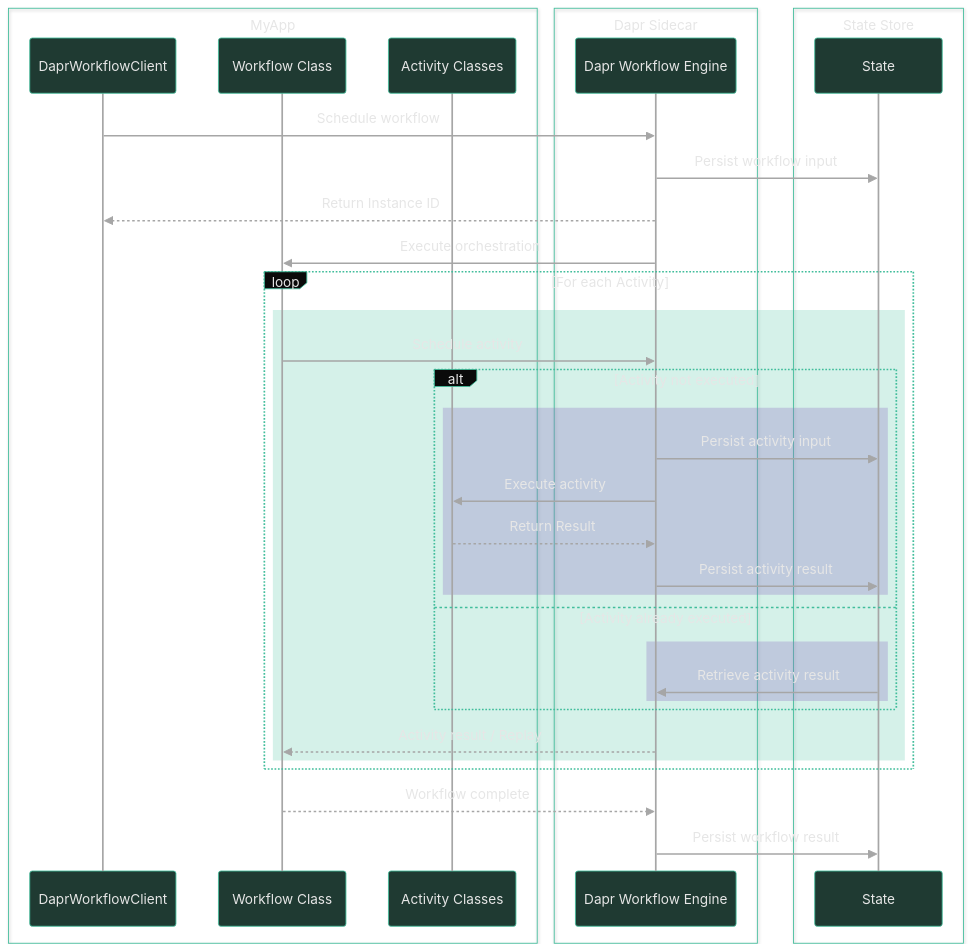
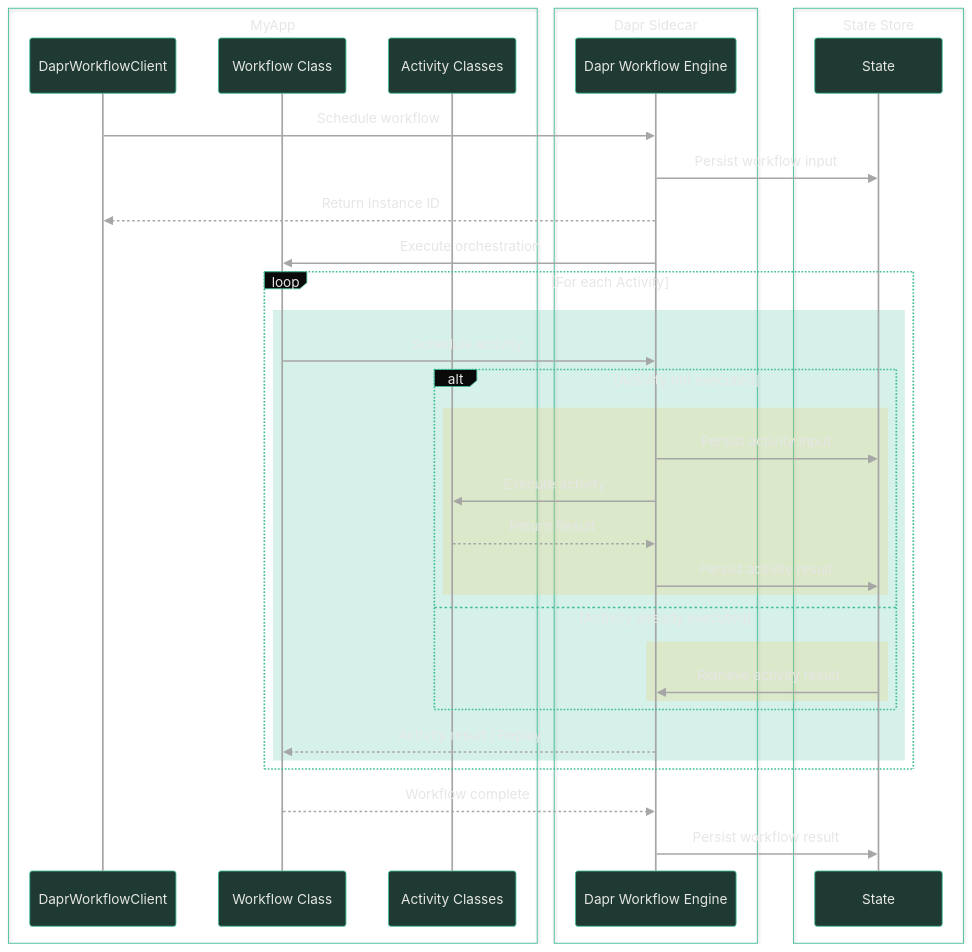
One commit to diagrid-labs/dapr-reliable-agentic-systems changed the diagram in .demo/slides/04-dapr-workflow/04-05-workflow-sequence-diagram.md. Above: the diagram before and after it, drawn with Mermaid. The commit also changed 15 other files, not shown here.

````diff
--- a/.demo/slides/04-dapr-workflow/04-05-workflow-sequence-diagram.md
+++ b/.demo/slides/04-dapr-workflow/04-05-workflow-sequence-diagram.md
@@ -3,40 +3,40 @@
 ```mermaid
 %%{init: {"theme":"base","themeVariables":{"background":"#0a0a0a","primaryColor":"#1f3a32","primaryTextColor":"#e6e6e6","primaryBorderColor":"#41BD9B","lineColor":"#A6A6A6","secondaryColor":"#111315","tertiaryColor":"#111315","clusterBkg":"#111315","clusterBorder":"#41BD9B","titleColor":"#F0C75E","edgeLabelBackground":"#0a0a0a","noteBkgColor":"#111315","noteTextColor":"#e6e6e6","noteBorderColor":"#41BD9B","actorBkg":"#1f3a32","actorBorder":"#41BD9B","actorTextColor":"#e6e6e6","actorLineColor":"#A6A6A6","signalColor":"#A6A6A6","signalTextColor":"#e6e6e6","labelBoxBkgColor":"#0a0a0a","labelBoxBorderColor":"#41BD9B","labelTextColor":"#e6e6e6","loopTextColor":"#e6e6e6","altSectionBkgColor":"#111315","sectionBkgColor":"#111315","fontFamily":"Geist,sans-serif"}}}%%
 sequenceDiagram
     box MyApp
         participant Client as DaprWorkflowClient
         participant Workflow as Workflow Class
         participant Activity as Activity Classes
     end
     box Dapr Sidecar
         participant Engine as Dapr Workflow Engine
     end
     box State Store 
         participant State as State
     end
 
     Client->>Engine: Schedule workflow
     Engine->>State: Persist workflow input
     Engine-->>Client: Return Instance ID
     Engine->>Workflow: Execute orchestration
     loop For each Activity
         rect rgba(65, 189, 155, 0.22)
             Workflow->>Engine: Schedule activity
             alt Activity not executed
-                rect rgba(139, 111, 191, 0.30)
+                rect rgba(240, 199, 94, 0.22)
                     Engine->>State: Persist activity input
                     Engine->>Activity: Execute activity
                     Activity-->>Engine: Return Result
                     Engine->>State: Persist activity result
                 end
             else Activity already executed
-                rect rgba(139, 111, 191, 0.30)
+                rect rgba(240, 199, 94, 0.22)
                     State->>Engine: Retrieve activity result
                 end
             end
             Engine-->>Workflow: Activity result / Replay
         end
     end
     Workflow-->>Engine: Workflow complete
     Engine->>State: Persist workflow result
 ```
````
